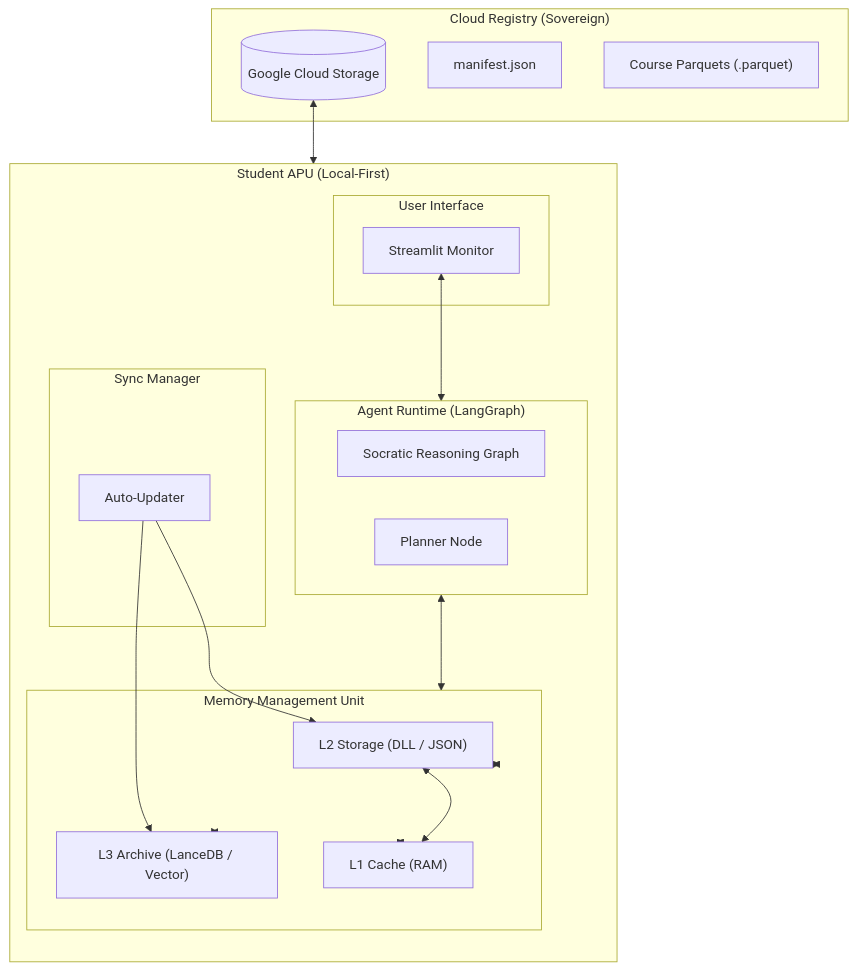
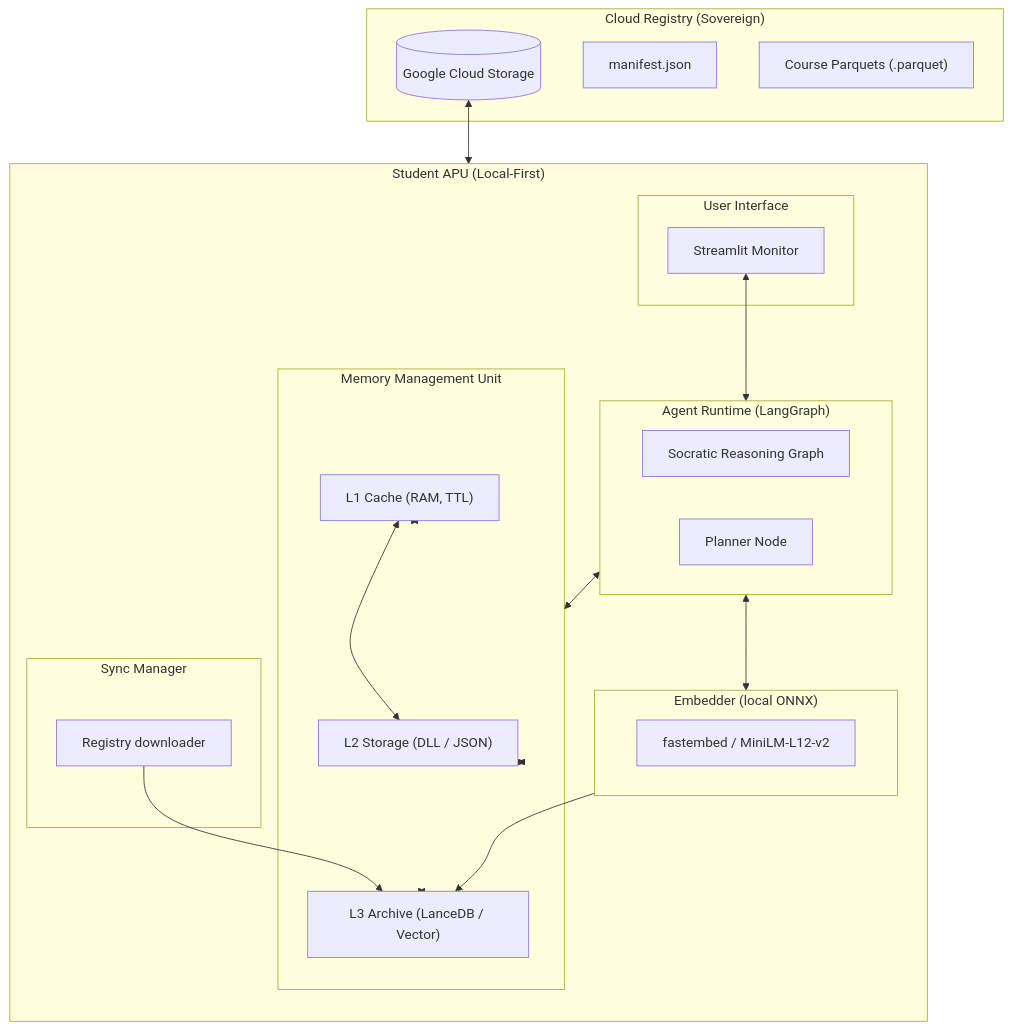
The diagram in README.md (EZFRICA/alu-education-agent), drawn with Mermaid before and after one commit. The commit also changed other lines of this file and 50 other files, not shown here.

````diff
--- a/README.md
+++ b/README.md
@@ -9,43 +25,48 @@
 ```mermaid
 graph TD
     subgraph CLOUD ["Cloud Registry (Sovereign)"]
         GCS[("Google Cloud Storage")]
         Manifest["manifest.json"]
         Parquets["Course Parquets (.parquet)"]
     end
 
     subgraph CLIENT ["Student APU (Local-First)"]
         direction TB
-        
+
         subgraph UI ["User Interface"]
             Dashboard["Streamlit Monitor"]
         end
 
         subgraph OS ["Agent Runtime (LangGraph)"]
             Graph["Socratic Reasoning Graph"]
             Planner["Planner Node"]
         end
 
+        subgraph EMB ["Embedder (local ONNX)"]
+            Onnx["fastembed / MiniLM-L12-v2"]
+        end
+
         subgraph MMU ["Memory Management Unit"]
-            L1["L1 Cache (RAM)"]
+            L1["L1 Cache (RAM, TTL)"]
             L2["L2 Storage (DLL / JSON)"]
             L3["L3 Archive (LanceDB / Vector)"]
         end
 
         subgraph SYNC ["Sync Manager"]
-            Sync["Auto-Updater"]
+            Sync["Registry downloader"]
         end
     end
 
     %% Connections
     GCS <--> Sync
     Sync --> L3
-    Sync --> L2
-    
+
     Dashboard <--> OS
+    OS <--> EMB
     OS <--> MMU
+    EMB --> L3
     MMU <--> L1
     MMU <--> L2
     MMU <--> L3
     L1 <--> L2
 ```
````
